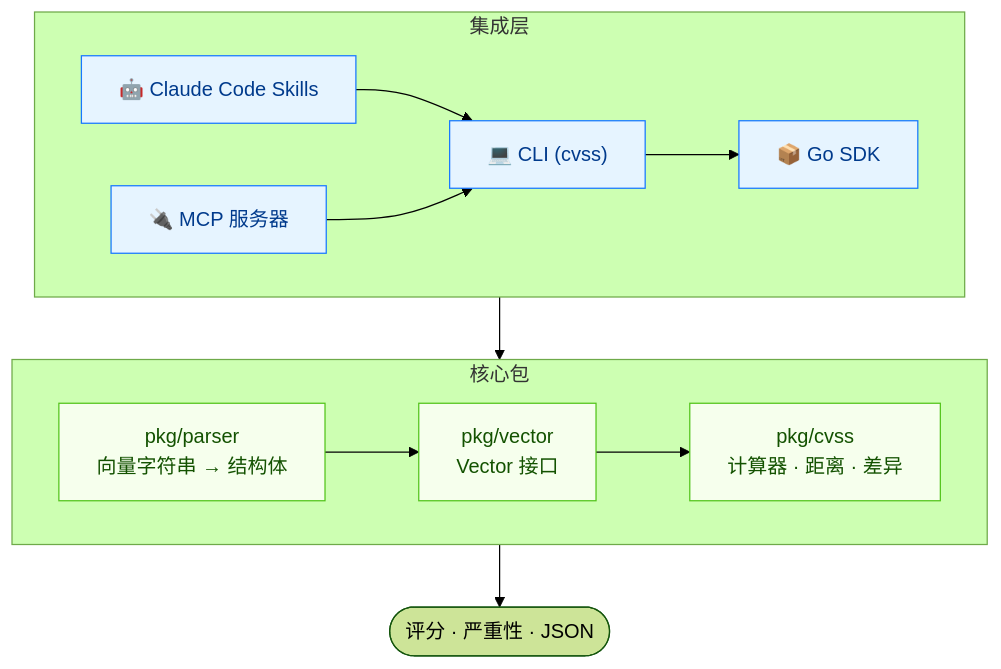
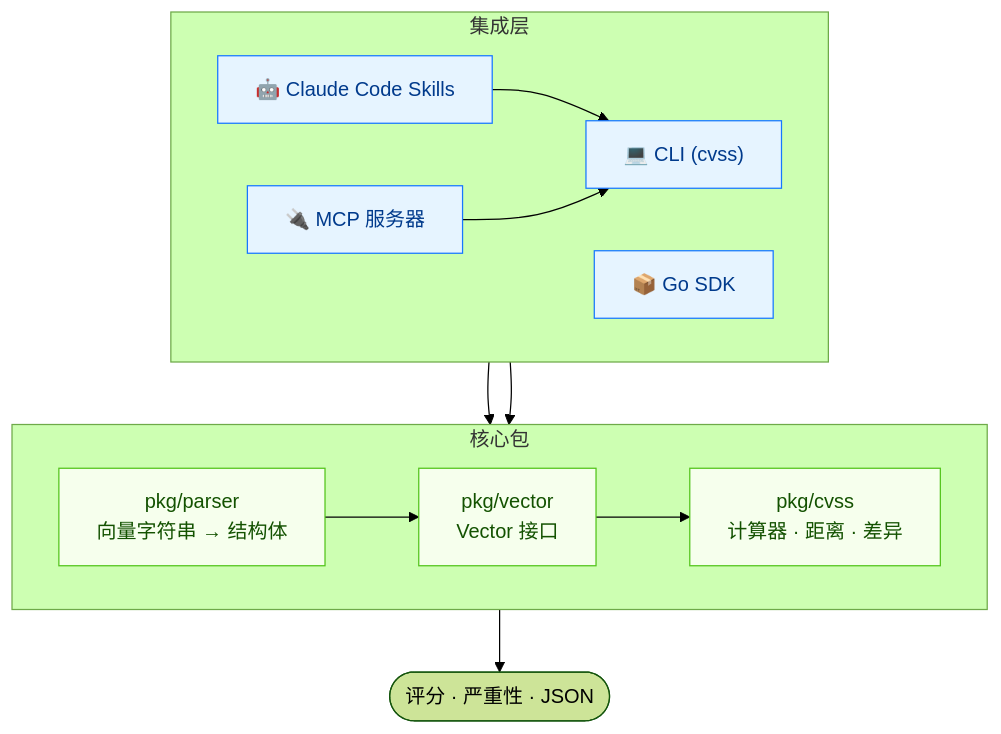
The first of 4 diagrams in website/zh/index.md (scagogogo/cvss-skills), drawn with Mermaid (forest theme) before and after one commit. The commit also changed 3 other files, not shown here.

First line of the commit message:
docs: fix architecture diagram — CLI does not depend on the SDK layer

````diff
--- a/website/zh/index.md
+++ b/website/zh/index.md
@@ -59,30 +59,30 @@
 ```mermaid
 flowchart TB
     subgraph Surfaces["集成层"]
         direction LR
         Skills["🤖 Claude Code Skills"]
         MCP["🔌 MCP 服务器"]
         CLI["💻 CLI (cvss)"]
         SDK["📦 Go SDK"]
     end
 
     subgraph Core["核心包"]
         direction LR
         Parser["pkg/parser<br/>向量字符串 → 结构体"]
         CVSS["pkg/cvss<br/>计算器 · 距离 · 差异"]
         Vector["pkg/vector<br/>Vector 接口"]
     end
 
     Skills --> CLI
     MCP --> CLI
-    CLI --> SDK
+    CLI --> Parser
     SDK --> Parser
     Parser --> Vector
     Vector --> CVSS
     CVSS --> Result(["评分 · 严重性 · JSON"])
 
     classDef surface fill:#e6f4ff,stroke:#1677ff,color:#003a8c;
     classDef core fill:#f6ffed,stroke:#52c41a,color:#135200;
     class Skills,MCP,CLI,SDK surface;
     class Parser,CVSS,Vector core;
 ```
````
